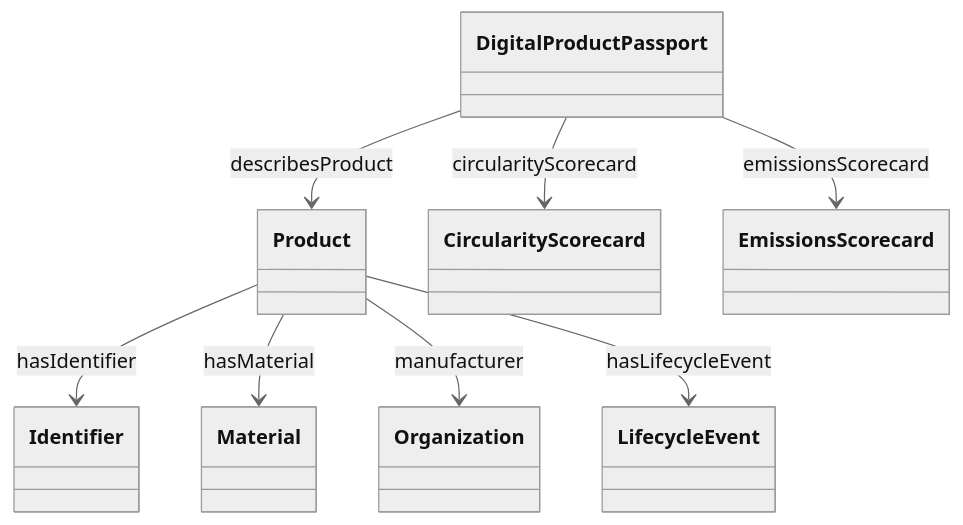
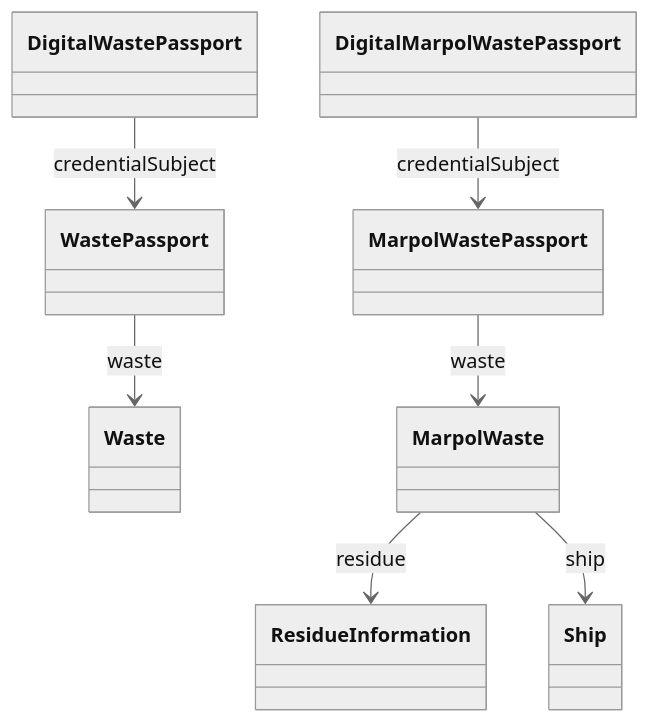
Before and after one commit to Blue-Room-Innovation/bri-ontology: the diagram in docs/05-modelo-datos.md, drawn with Mermaid (neutral theme). The commit also changed other lines of this file and 23 other files, not shown here.

````diff
--- a/docs/05-modelo-datos.md
+++ b/docs/05-modelo-datos.md
@@ -6,18 +20,17 @@
 ```mermaid
 classDiagram
-  class Product
-  class DigitalProductPassport
-  class Identifier
-  class Material
-  class Organization
-  class LifecycleEvent
-  class CircularityScorecard
-  class EmissionsScorecard
-  DigitalProductPassport --> Product : describesProduct
-  Product --> Identifier : hasIdentifier
-  Product --> Material : hasMaterial
-  Product --> Organization : manufacturer
-  Product --> LifecycleEvent : hasLifecycleEvent
-  DigitalProductPassport --> CircularityScorecard : circularityScorecard
-  DigitalProductPassport --> EmissionsScorecard : emissionsScorecard
+  class DigitalWastePassport
+  class WastePassport
+  class Waste
+  class DigitalMarpolWastePassport
+  class MarpolWastePassport
+  class MarpolWaste
+  class ResidueInformation
+  class Ship
+  DigitalWastePassport --> WastePassport : credentialSubject
+  WastePassport --> Waste : waste
+  DigitalMarpolWastePassport --> MarpolWastePassport : credentialSubject
+  MarpolWastePassport --> MarpolWaste : waste
+  MarpolWaste --> ResidueInformation : residue
+  MarpolWaste --> Ship : ship
 ```
````
